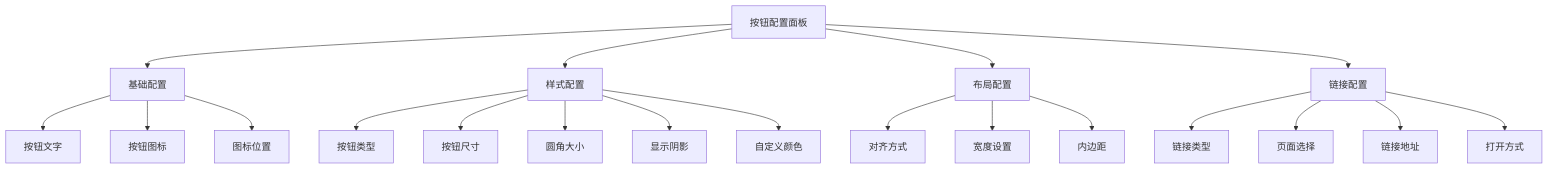
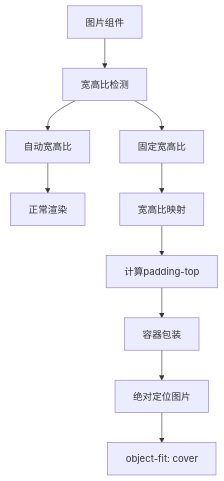
Before and after one commit to wyg5208/website_diy: the tenth of 16 diagrams in .qoder/repowiki/zh/content/前端组件系统/组件库系统/组件通用配置.md, drawn with Mermaid. The commit also changed other lines of this file and 109 other files, not shown here.

````diff
--- a/.qoder/repowiki/zh/content/前端组件系统/组件库系统/组件通用配置.md
+++ b/.qoder/repowiki/zh/content/前端组件系统/组件库系统/组件通用配置.md
@@ -374,22 +459,12 @@
 ```mermaid
 flowchart TD
-ButtonConfig[按钮配置面板] --> BasicConfig[基础配置]
-ButtonConfig --> StyleConfig[样式配置]
-ButtonConfig --> LayoutConfig[布局配置]
-ButtonConfig --> LinkConfig[链接配置]
-BasicConfig --> TextConfig[按钮文字]
-BasicConfig --> IconConfig[按钮图标]
-BasicConfig --> IconPosConfig[图标位置]
-StyleConfig --> VariantConfig[按钮类型]
-StyleConfig --> SizeConfig[按钮尺寸]
-StyleConfig --> BorderRadiusConfig[圆角大小]
-StyleConfig --> ShadowConfig[显示阴影]
-StyleConfig --> ColorConfig[自定义颜色]
-LayoutConfig --> AlignConfig[对齐方式]
-LayoutConfig --> WidthConfig[宽度设置]
-LayoutConfig --> PaddingConfig[内边距]
-LinkConfig --> LinkTypeConfig[链接类型]
-LinkConfig --> PageSelectConfig[页面选择]
-LinkConfig --> UrlConfig[链接地址]
-LinkConfig --> OpenInNewTabConfig[打开方式]
+Image[图片组件] --> AspectRatio[宽高比检测]
+AspectRatio --> Auto[自动宽高比]
+AspectRatio --> Fixed[固定宽高比]
+Auto --> NormalRender[正常渲染]
+Fixed --> RatioMap[宽高比映射]
+RatioMap --> PaddingCalc[计算padding-top]
+PaddingCalc --> Container[容器包装]
+Container --> AbsoluteImg[绝对定位图片]
+AbsoluteImg --> CoverFit[object-fit: cover]
 ```
````
